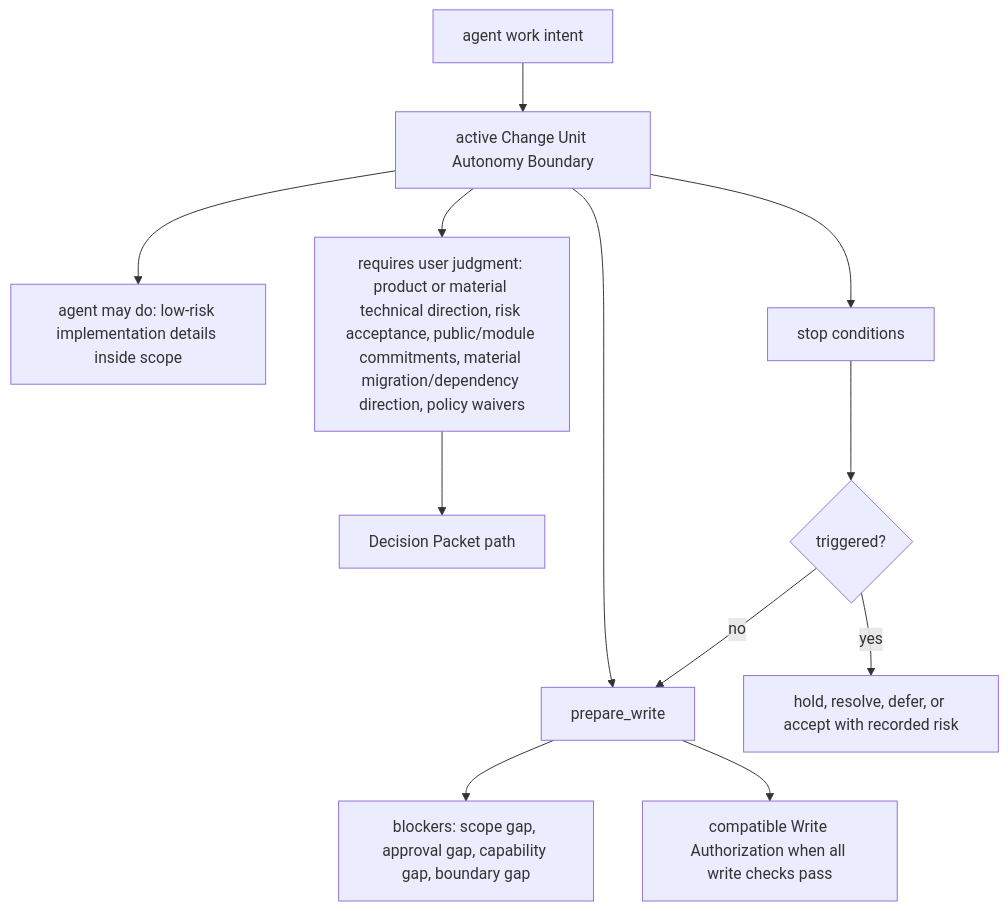
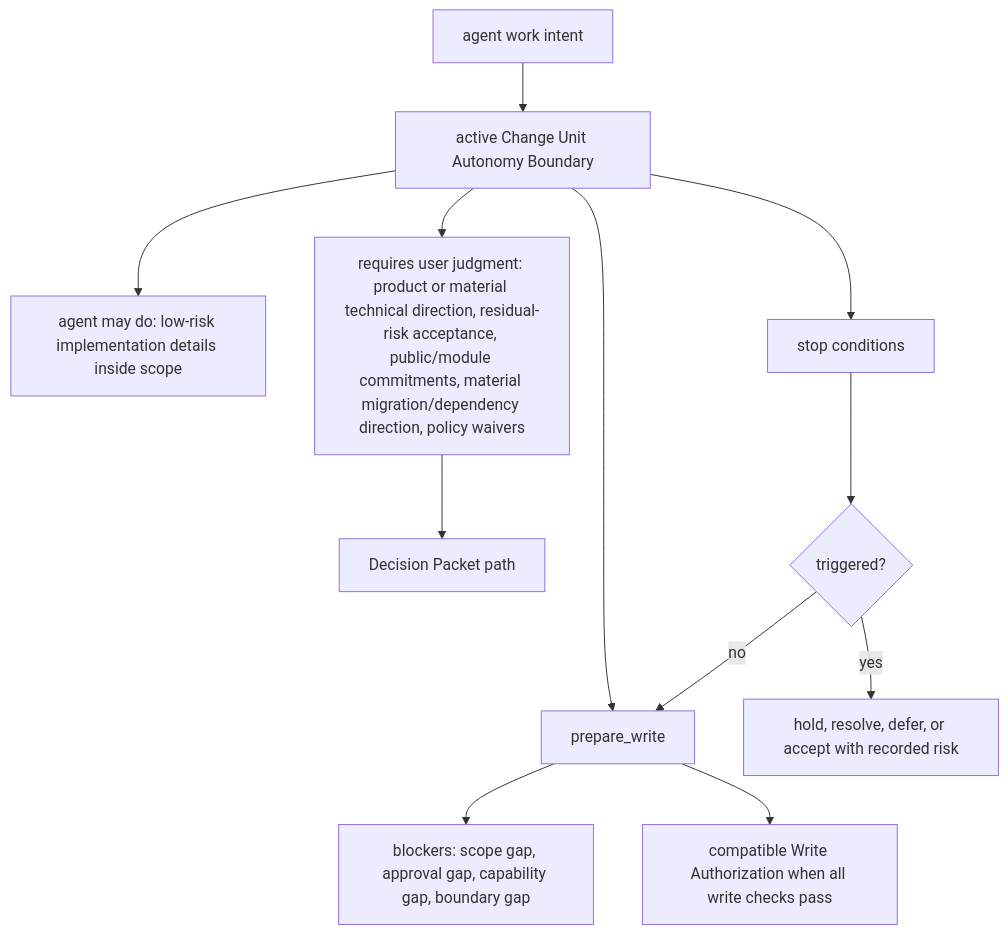
One commit to minjungw00/Volicord changed the first of 2 diagrams in docs/en/reference/design-quality-policies.md. Above: the diagram before and after it, drawn with Mermaid. The commit also changed other lines of this file and 9 other files, not shown here.

````diff
--- a/docs/en/reference/design-quality-policies.md
+++ b/docs/en/reference/design-quality-policies.md
@@ -215,15 +217,15 @@
 ```mermaid
 flowchart TD
   Intent["agent work intent"] --> Boundary["active Change Unit Autonomy Boundary"]
   Boundary --> MayDo["agent may do: low-risk implementation details inside scope"]
-  Boundary --> UserJudgment["requires user judgment: product or material technical direction, risk acceptance, public/module commitments, material migration/dependency direction, policy waivers"]
+  Boundary --> UserJudgment["requires user judgment: product or material technical direction, residual-risk acceptance, public/module commitments, material migration/dependency direction, policy waivers"]
   Boundary --> Stops["stop conditions"]
   Boundary --> Prepare["prepare_write"]
 
   UserJudgment --> Packet["Decision Packet path"]
   Stops --> StopTriggered{"triggered?"}
   StopTriggered -- yes --> Hold["hold, resolve, defer, or accept with recorded risk"]
   StopTriggered -- no --> Prepare
   Prepare --> Blockers["blockers: scope gap, approval gap, capability gap, boundary gap"]
   Prepare --> WriteAuth["compatible Write Authorization when all write checks pass"]
 ```
````
